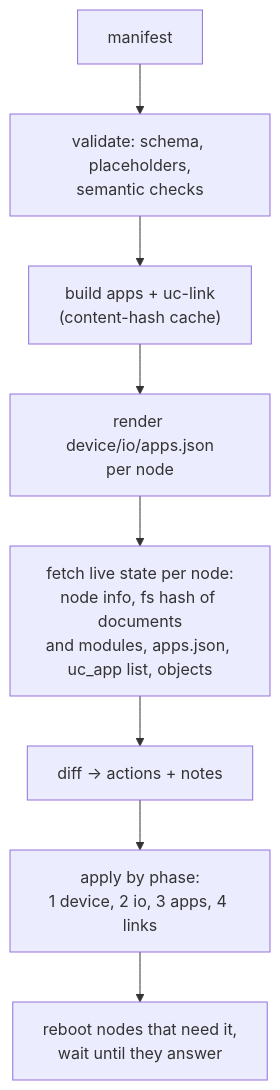
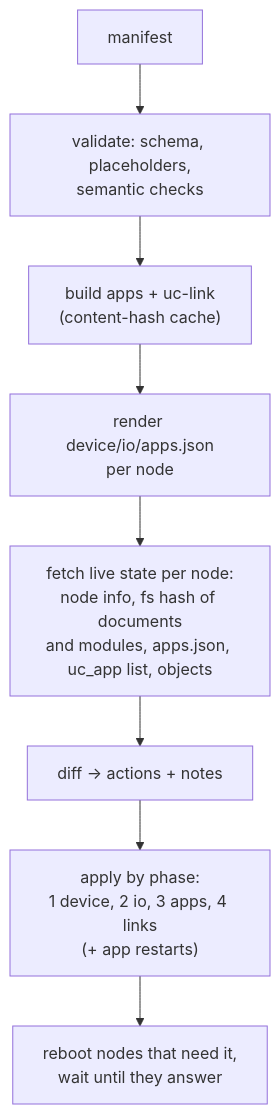
The third of 3 diagrams in docs/distributed-apps.md (IlijaVorontsov/BACNet-uc), drawn with Mermaid before and after one commit. The commit also changed other lines of this file and 120 other files, not shown here.

````diff
--- a/docs/distributed-apps.md
+++ b/docs/distributed-apps.md
@@ -347,10 +353,10 @@
 ```mermaid
 flowchart TD
     M["manifest"] --> V["validate: schema, placeholders,<br/>semantic checks"]
     V --> B["build apps + uc-link<br/>(content-hash cache)"]
     B --> R["render device/io/apps.json<br/>per node"]
     R --> L["fetch live state per node:<br/>node info, fs hash of documents<br/>and modules, apps.json, uc_app list, objects"]
     L --> D["diff -> actions + notes"]
-    D --> A["apply by phase:<br/>1 device, 2 io, 3 apps, 4 links"]
+    D --> A["apply by phase:<br/>1 device, 2 io, 3 apps, 4 links<br/>(+ app restarts)"]
     A --> RB["reboot nodes that need it,<br/>wait until they answer"]
 ```
````
